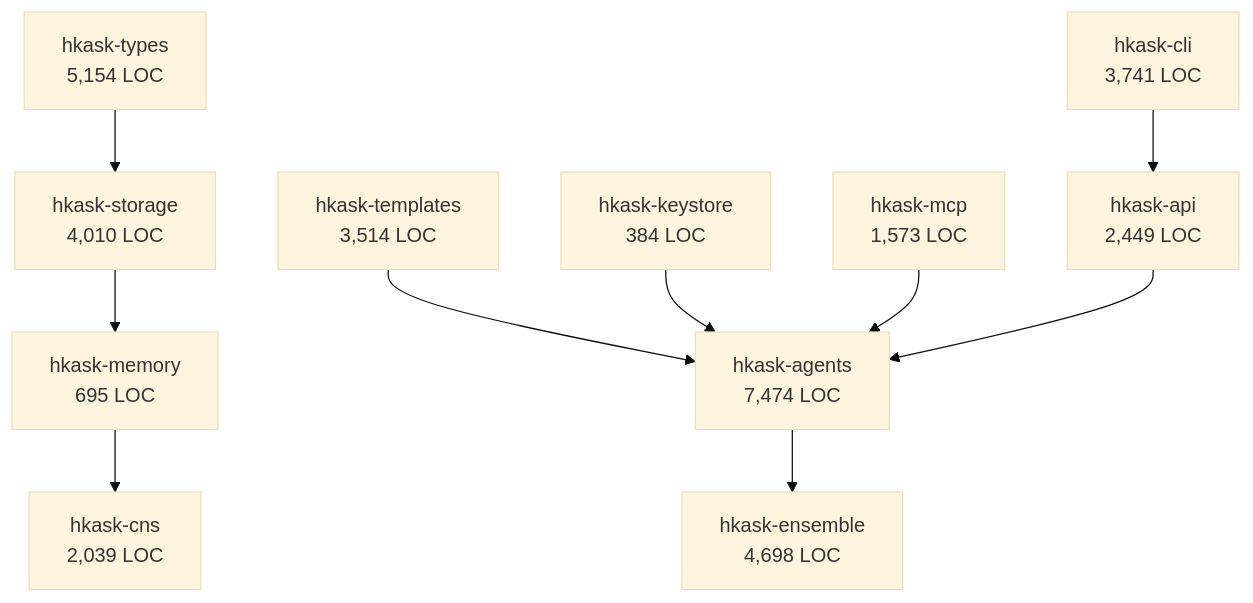
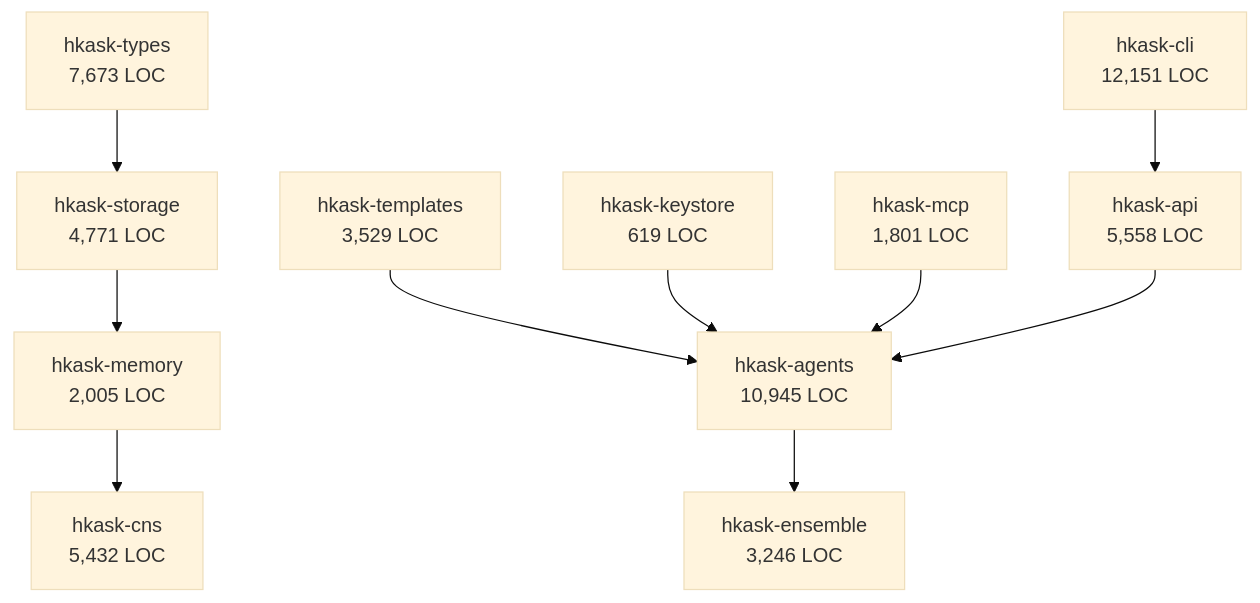
One commit to mdz-axo/hKask changed the fourth of 4 diagrams in docs/architecture/domain-and-capability.md. Above: the diagram before and after it, drawn with Mermaid (base theme). The commit also changed other lines of this file and 11 other files, not shown here.

````diff
--- a/docs/architecture/domain-and-capability.md
+++ b/docs/architecture/domain-and-capability.md
@@ -430,13 +429,13 @@
 ```mermaid
 graph TD
-    TYPES["hkask-types<br/>5,154 LOC"] --> STORAGE["hkask-storage<br/>4,010 LOC"]
-    STORAGE --> MEMORY["hkask-memory<br/>695 LOC"]
-    MEMORY --> CNS["hkask-cns<br/>2,039 LOC"]
-    TEMPLATES["hkask-templates<br/>3,514 LOC"]
-    TEMPLATES --> AGENTS["hkask-agents<br/>7,474 LOC"]
-    AGENTS --> ENSEMBLE["hkask-ensemble<br/>4,698 LOC"]
-    KEYSTORE["hkask-keystore<br/>384 LOC"] --> AGENTS
-    MCP["hkask-mcp<br/>1,573 LOC"] --> AGENTS
-    CLI["hkask-cli<br/>3,741 LOC"] --> API["hkask-api<br/>2,449 LOC"]
+    TYPES["hkask-types<br/>7,673 LOC"] --> STORAGE["hkask-storage<br/>4,771 LOC"]
+    STORAGE --> MEMORY["hkask-memory<br/>2,005 LOC"]
+    MEMORY --> CNS["hkask-cns<br/>5,432 LOC"]
+    TEMPLATES["hkask-templates<br/>3,529 LOC"]
+    TEMPLATES --> AGENTS["hkask-agents<br/>10,945 LOC"]
+    AGENTS --> ENSEMBLE["hkask-ensemble<br/>3,246 LOC"]
+    KEYSTORE["hkask-keystore<br/>619 LOC"] --> AGENTS
+    MCP["hkask-mcp<br/>1,801 LOC"] --> AGENTS
+    CLI["hkask-cli<br/>12,151 LOC"] --> API["hkask-api<br/>5,558 LOC"]
     API --> AGENTS
 ```
````
